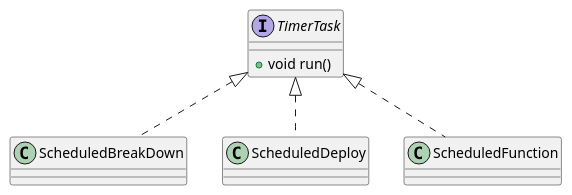
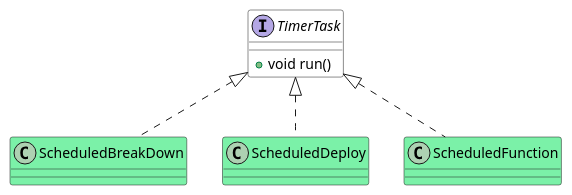
The second of 2 diagrams in Rapport_carnet/scenarioPeersimUml.wsd (PolyProcessInterface/ppi), drawn with PlantUML before and after one commit. The commit also changed other lines of this file and 4 other files, not shown here.

```diff
--- a/Rapport_carnet/scenarioPeersimUml.wsd
+++ b/Rapport_carnet/scenarioPeersimUml.wsd
@@ -16,14 +16,14 @@
-@startuml teste2
-interface TimerTask {
+@startuml scenMPIuml
+interface TimerTask #White{
     +void run()
 }
 TimerTask <|.. ScheduledBreakDown
 TimerTask <|.. ScheduledDeploy
 TimerTask <|.. ScheduledFunction
-class ScheduledBreakDown {
+class ScheduledBreakDown #7bf1a8{
 }
-class ScheduledDeploy {
+class ScheduledDeploy #7bf1a8{
 }
-class ScheduledFunction {
+class ScheduledFunction #7bf1a8{
 }
 @enduml
```
